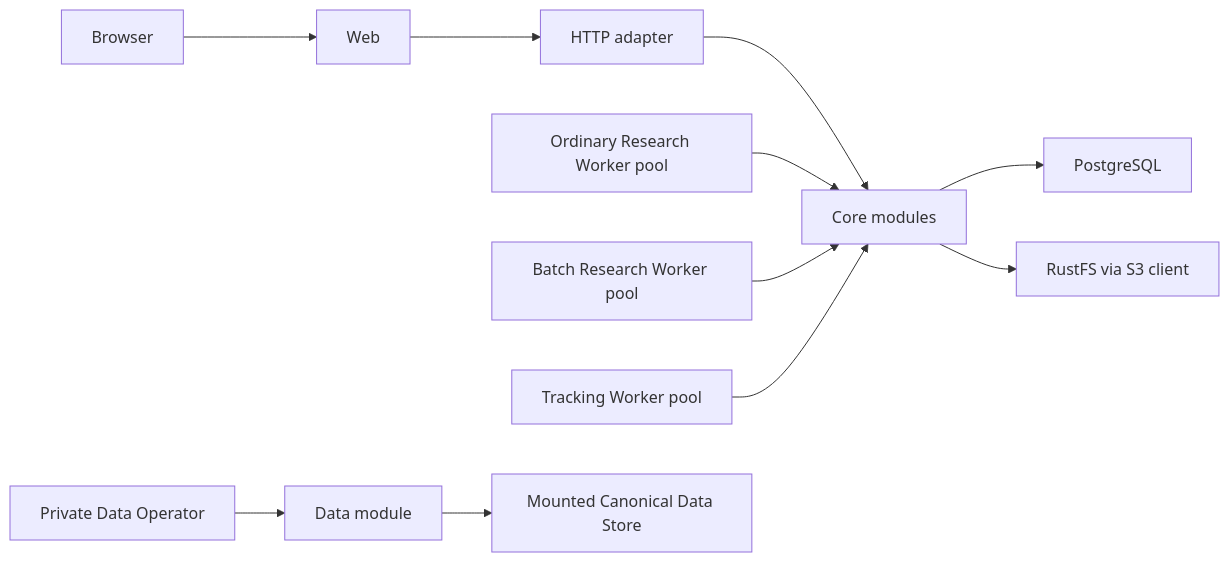
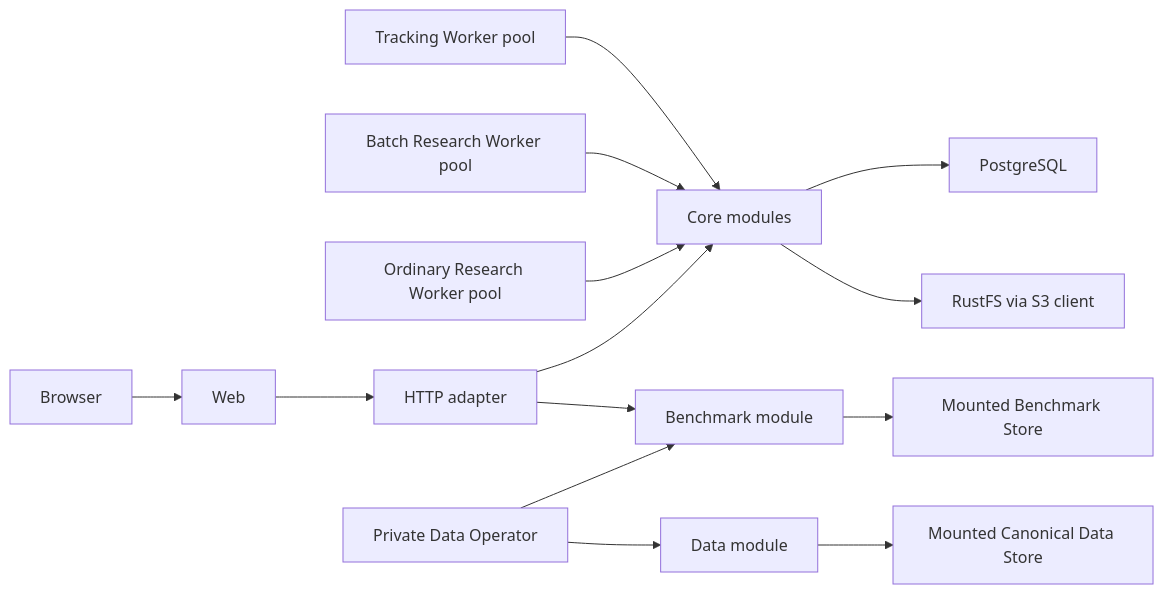
Before and after one commit to humeo/thesistrace: the first of 2 diagrams in docs/architecture/core.md, drawn with Mermaid. The commit also changed other lines of this file and 35 other files, not shown here.

````diff
--- a/docs/architecture/core.md
+++ b/docs/architecture/core.md
@@ -43,13 +44,16 @@
 ```mermaid
 flowchart LR
     B["Browser"] --> W["Web"]
     W --> H["HTTP adapter"]
     H --> M["Core modules"]
     R["Ordinary Research Worker pool"] --> M
     Q["Batch Research Worker pool"] --> M
     T["Tracking Worker pool"] --> M
     O["Private Data Operator"] --> D["Data module"]
+    O --> X["Benchmark module"]
+    H --> X
     M --> P["PostgreSQL"]
     M --> S["RustFS via S3 client"]
     D --> F["Mounted Canonical Data Store"]
+    X --> G["Mounted Benchmark Store"]
 ```
````
